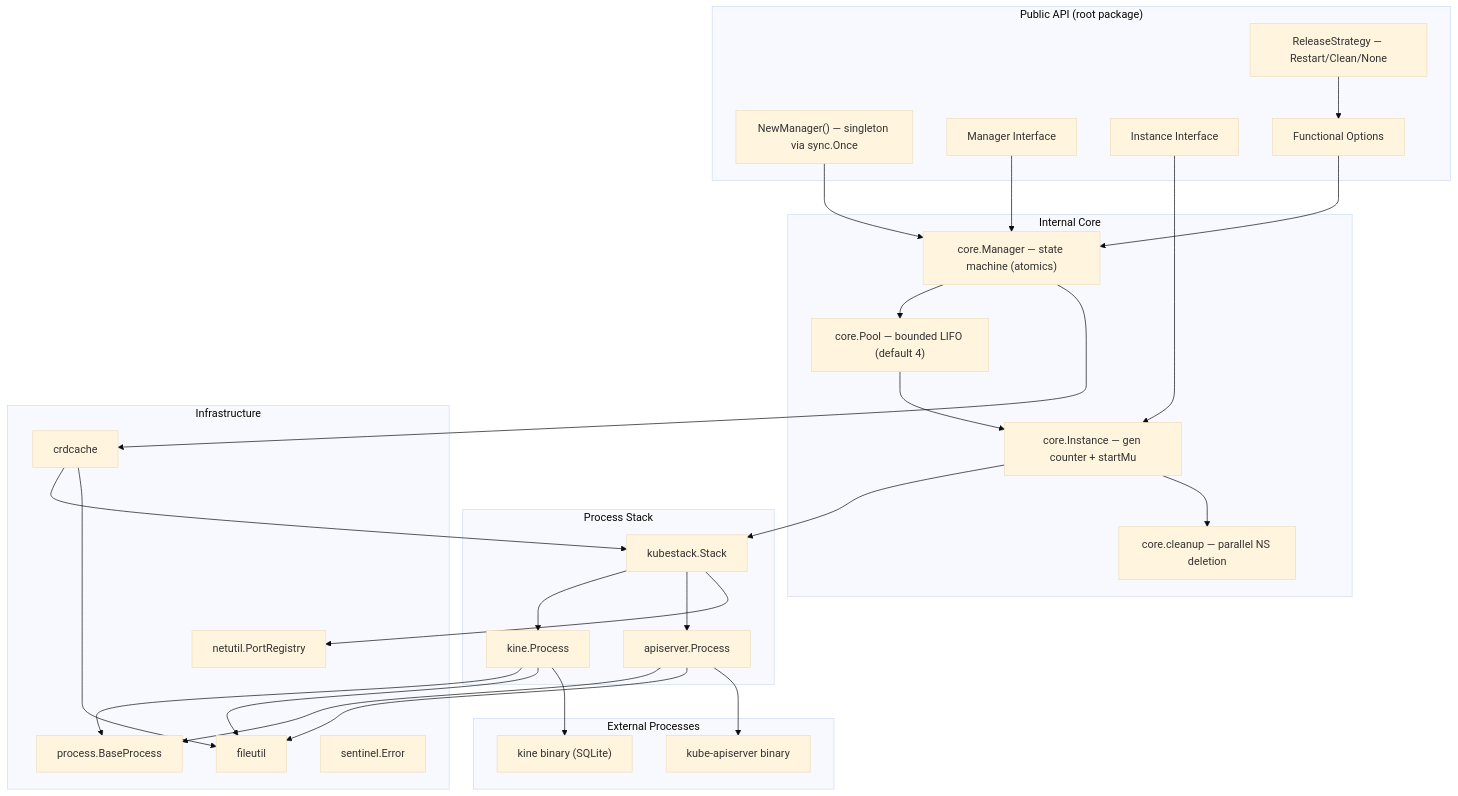
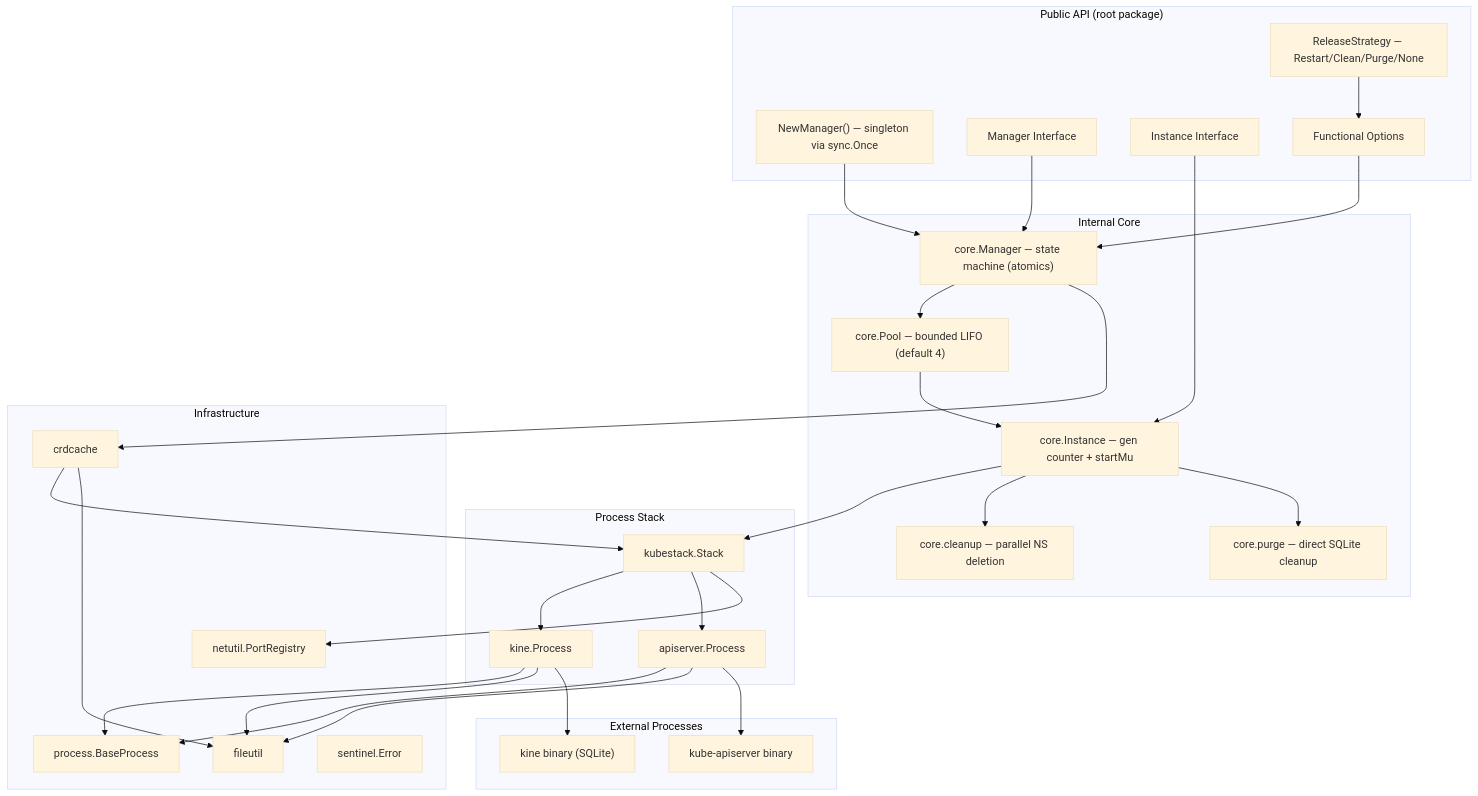
Before and after one commit to giantswarm/k8senv: the first of 4 diagrams in docs/CODEBASE_MAP.md, drawn with Mermaid (base theme). The commit also changed other lines of this file and 20 other files, not shown here.

First line of the commit message:
feat(core): add ReleasePurge strategy for direct SQLite cleanup

````diff
--- a/docs/CODEBASE_MAP.md
+++ b/docs/CODEBASE_MAP.md
@@ -15,63 +15,65 @@
 ```mermaid
 graph TB
     subgraph "Public API (root package)"
         Factory["NewManager() — singleton via sync.Once"]
         MI[Manager Interface]
         II[Instance Interface]
         Opts[Functional Options]
-        Strat["ReleaseStrategy — Restart/Clean/None"]
+        Strat["ReleaseStrategy — Restart/Clean/Purge/None"]
     end
 
     subgraph "Internal Core"
         Mgr["core.Manager — state machine (atomics)"]
         Pool["core.Pool — bounded LIFO (default 4)"]
         Inst["core.Instance — gen counter + startMu"]
         Clean["core.cleanup — parallel NS deletion"]
+        Purge["core.purge — direct SQLite cleanup"]
     end
 
     subgraph "Process Stack"
         Stack[kubestack.Stack]
         Kine[kine.Process]
         API[apiserver.Process]
     end
 
     subgraph "Infrastructure"
         Proc[process.BaseProcess]
         Net["netutil.PortRegistry"]
         File[fileutil]
         CRD[crdcache]
         Sentinel[sentinel.Error]
     end
 
     subgraph "External Processes"
         KineBin["kine binary (SQLite)"]
         APIBin["kube-apiserver binary"]
     end
 
     Factory --> Mgr
     MI --> Mgr
     II --> Inst
     Opts --> Mgr
     Strat --> Opts
 
     Mgr --> Pool
     Pool --> Inst
     Inst --> Stack
     Inst --> Clean
+    Inst --> Purge
 
     Stack --> Kine
     Stack --> API
     Stack --> Net
 
     Kine --> Proc
     API --> Proc
     Kine --> File
     API --> File
 
     Kine --> KineBin
     API --> APIBin
 
     Mgr --> CRD
     CRD --> Stack
     CRD --> File
 ```
````
